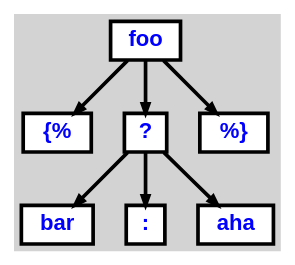
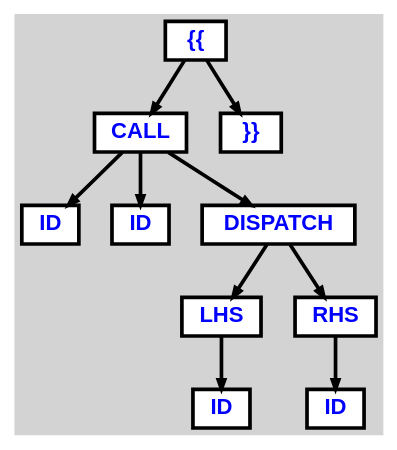
The diagram in com.dubture.twig.test/graph.dot (pulse00/Twig-Eclipse-Plugin), drawn with Graphviz before and after one commit. The commit also changed 5 other files, not shown here.

```diff
--- a/com.dubture.twig.test/graph.dot
+++ b/com.dubture.twig.test/graph.dot
@@ -1,25 +1,34 @@
 digraph {
 
 	ordering=out;
 	ranksep=.4;
 	bgcolor="lightgrey"; node [shape=box, fixedsize=false, fontsize=12, fontname="Helvetica-bold", fontcolor="blue"
 		width=.25, height=.25, color="black", fillcolor="white", style="filled, solid, bold"];
 	edge [arrowsize=.5, color="black", style="bold"]
 
-  n0 [label="foo"];
-  n1 [label="{%"];
-  n2 [label="?"];
-  n2 [label="?"];
-  n3 [label="bar"];
-  n4 [label=":"];
-  n5 [label="aha"];
-  n6 [label="%}"];
+  n0 [label="{{"];
+  n1 [label="CALL"];
+  n1 [label="CALL"];
+  n2 [label="ID"];
+  n3 [label="ID"];
+  n4 [label="DISPATCH"];
+  n4 [label="DISPATCH"];
+  n5 [label="LHS"];
+  n5 [label="LHS"];
+  n6 [label="ID"];
+  n7 [label="RHS"];
+  n7 [label="RHS"];
+  n8 [label="ID"];
+  n9 [label="}}"];
 
-  n0 -> n1 // "foo" -> "{%"
-  n0 -> n2 // "foo" -> "?"
-  n2 -> n3 // "?" -> "bar"
-  n2 -> n4 // "?" -> ":"
-  n2 -> n5 // "?" -> "aha"
-  n0 -> n6 // "foo" -> "%}"
+  n0 -> n1 // "{{" -> "CALL"
+  n1 -> n2 // "CALL" -> "ID"
+  n1 -> n3 // "CALL" -> "ID"
+  n1 -> n4 // "CALL" -> "DISPATCH"
+  n4 -> n5 // "DISPATCH" -> "LHS"
+  n5 -> n6 // "LHS" -> "ID"
+  n4 -> n7 // "DISPATCH" -> "RHS"
+  n7 -> n8 // "RHS" -> "ID"
+  n0 -> n9 // "{{" -> "}}"
 
 }
```
